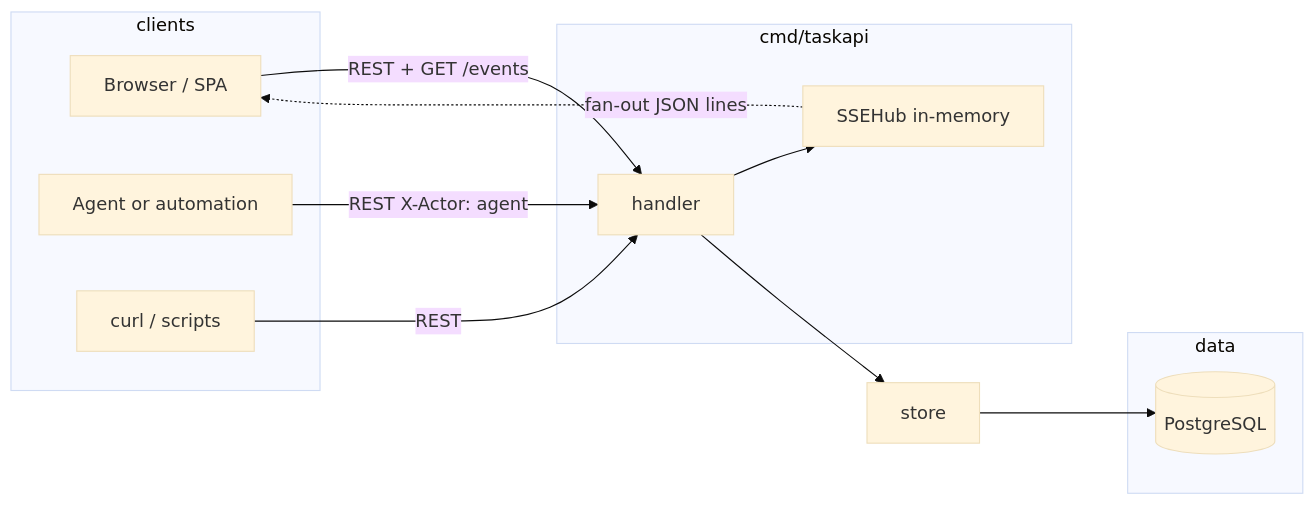
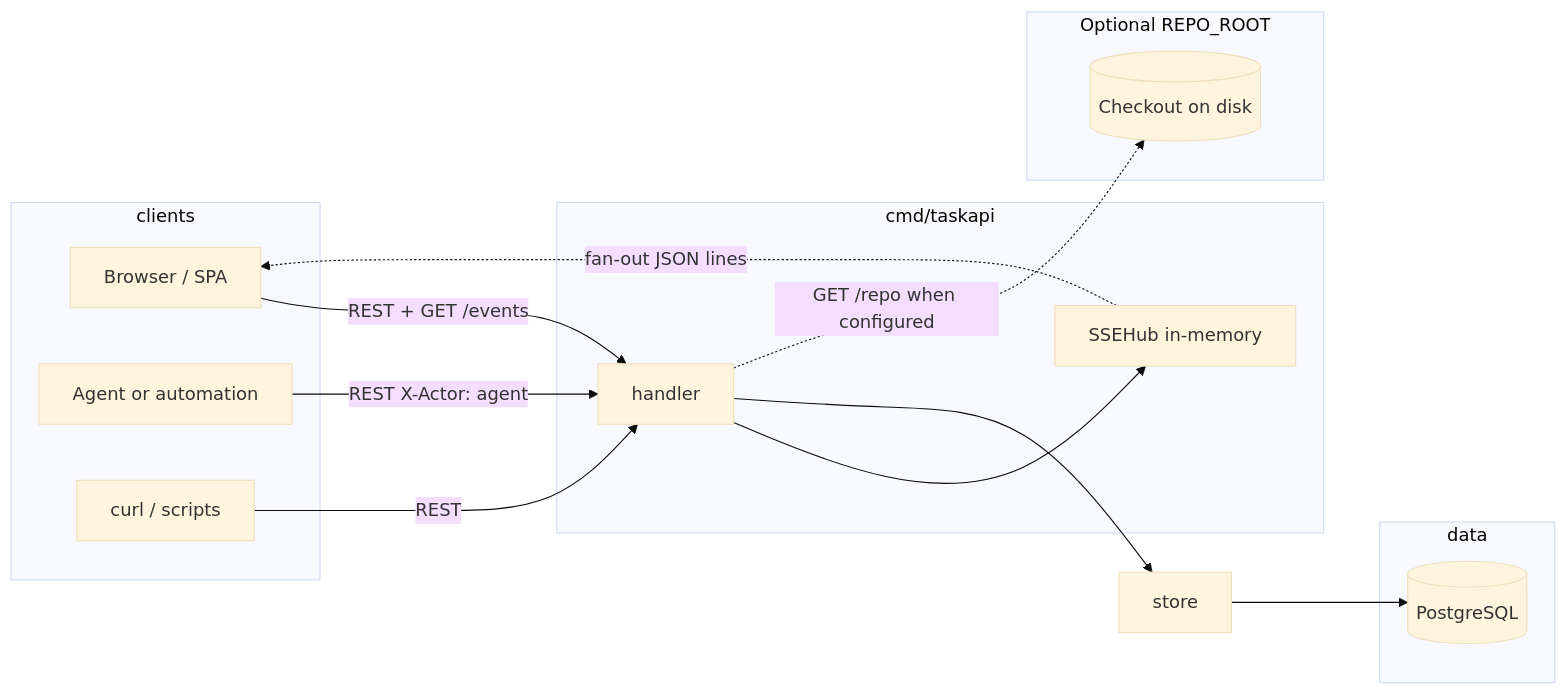
One commit to AlexsanderHamir/T2A changed the first of 7 diagrams in docs/DESIGN.md. Above: the diagram before and after it, drawn with Mermaid (base theme). The commit also changed other lines of this file and 2 other files, not shown here.

First line of the commit message:
docs: add index and WEB guide, expand DESIGN with repo and diagrams

````diff
--- a/docs/DESIGN.md
+++ b/docs/DESIGN.md
@@ -14,25 +14,30 @@
 ```mermaid
 flowchart LR
   subgraph clients
     UI[Browser / SPA]
     Agent[Agent or automation]
     CLI[curl / scripts]
   end
 
   subgraph taskapi["cmd/taskapi"]
     H[handler]
     Hub[SSEHub in-memory]
     H --> Hub
   end
 
   subgraph data
     PG[(PostgreSQL)]
   end
 
+  subgraph optional["Optional REPO_ROOT"]
+    FS[(Checkout on disk)]
+  end
+
   UI -->|REST + GET /events| H
   Agent -->|REST X-Actor: agent| H
   CLI -->|REST| H
   H --> S[store]
   S --> PG
   Hub -.->|fan-out JSON lines| UI
+  H -.->|GET /repo when configured| FS
 ```
````
